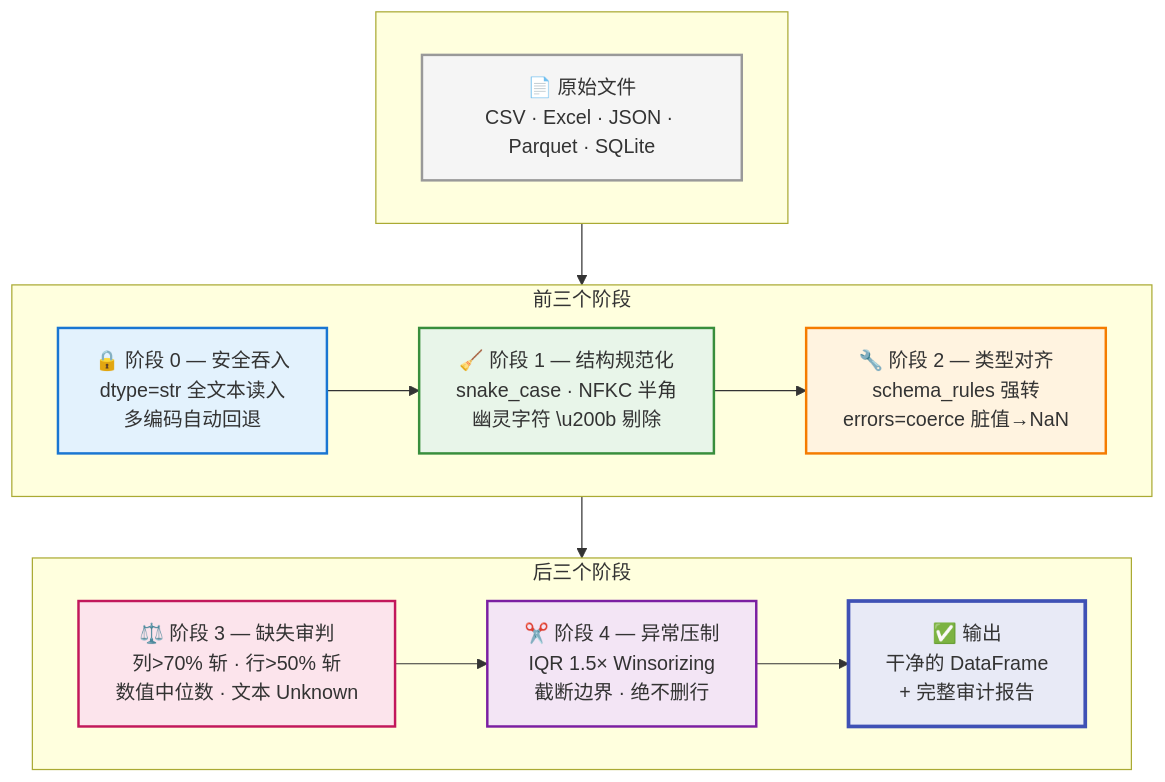
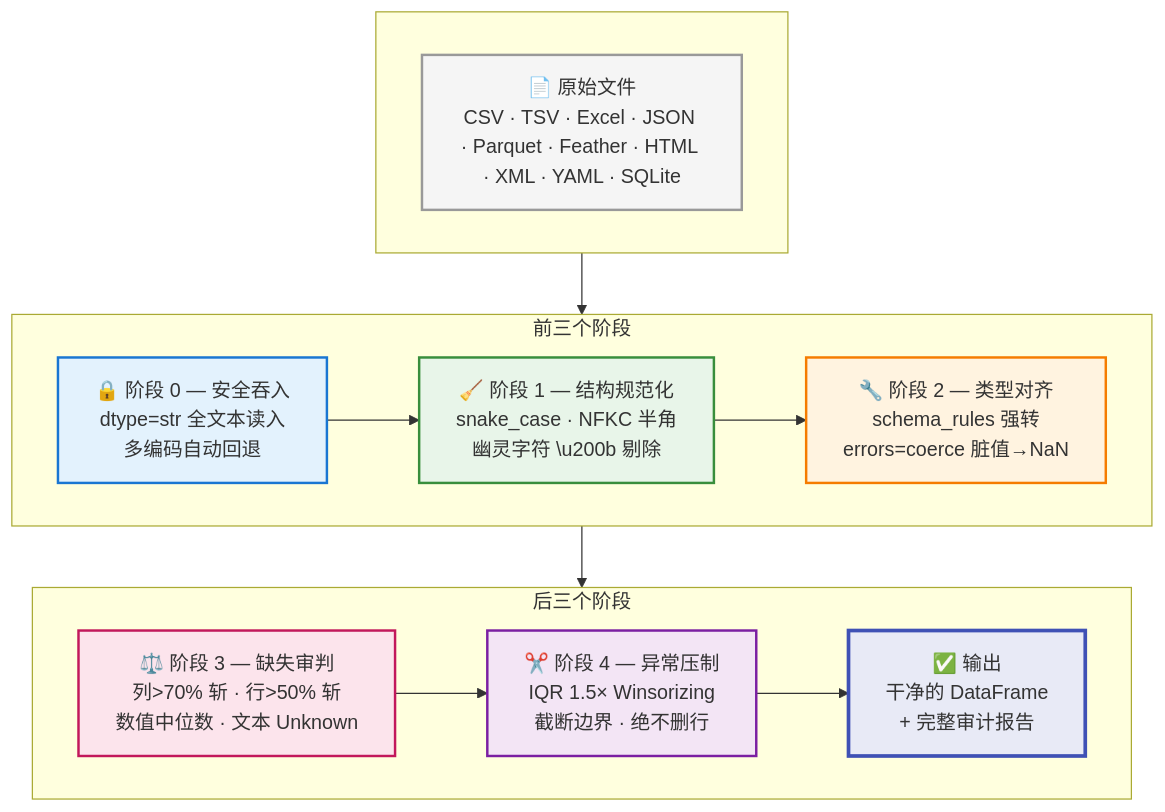
One commit to lytssaa/data-cleaning-skill changed the diagram in README.md. Above: the diagram before and after it, drawn with Mermaid. The commit also changed other lines of this file, not shown here.

Commit message:
docs: update Mermaid diagram with all 9 formats, update line count

````diff
--- a/README.md
+++ b/README.md
@@ -100,29 +100,29 @@
 ```mermaid
 flowchart TB
     subgraph title[" "]
         direction LR
-        T["📄 原始文件<br/>CSV · Excel · JSON · Parquet · SQLite"]
+        T["📄 原始文件<br/>CSV · TSV · Excel · JSON · Parquet · Feather · HTML · XML · YAML · SQLite"]
     end
 
     subgraph row1["前三个阶段"]
         direction LR
         B["🔒 阶段 0 — 安全吞入<br/>dtype=str 全文本读入<br/>多编码自动回退"] --> C["🧹 阶段 1 — 结构规范化<br/>snake_case · NFKC 半角<br/>幽灵字符 \u200b 剔除"]
         C --> D["🔧 阶段 2 — 类型对齐<br/>schema_rules 强转<br/>errors=coerce 脏值→NaN"]
     end
 
     subgraph row2["后三个阶段"]
         direction LR
         E["⚖️ 阶段 3 — 缺失审判<br/>列>70% 斩 · 行>50% 斩<br/>数值中位数 · 文本 Unknown"] --> F["✂️ 阶段 4 — 异常压制<br/>IQR 1.5× Winsorizing<br/>截断边界 · 绝不删行"]
         F --> G["✅ 输出<br/>干净的 DataFrame<br/>+ 完整审计报告"]
     end
 
     title --> row1 --> row2
 
     style T fill:#f5f5f5,stroke:#999,stroke-width:2px
     style B fill:#e3f2fd,stroke:#1976d2,stroke-width:2px
     style C fill:#e8f5e9,stroke:#388e3c,stroke-width:2px
     style D fill:#fff3e0,stroke:#f57c00,stroke-width:2px
     style E fill:#fce4ec,stroke:#c2185b,stroke-width:2px
     style F fill:#f3e5f5,stroke:#7b1fa2,stroke-width:2px
     style G fill:#e8eaf6,stroke:#3f51b5,stroke-width:3px
 ```
````
